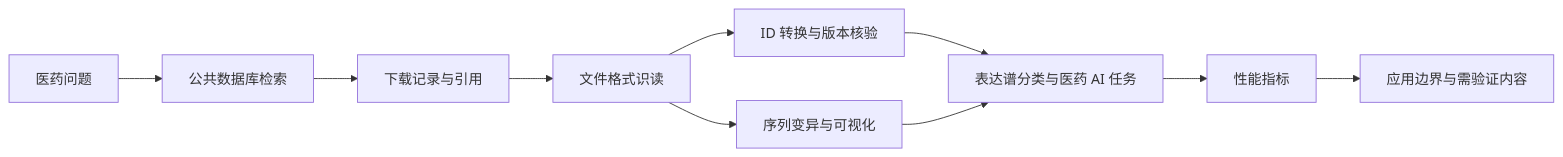
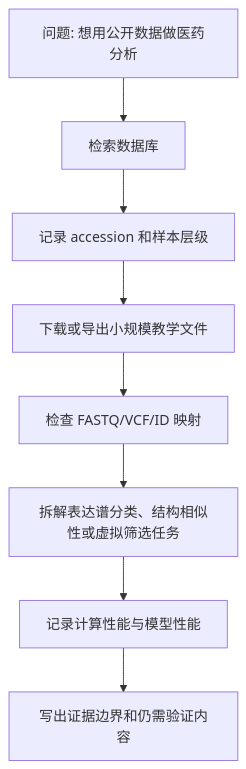
Before and after one commit to luvega/AI_MED_DataVis: the second of 5 diagrams in docs/chapters/chapter-13/index.md, drawn with Mermaid. The commit also changed other lines of this file and 84 other files, not shown here.

````diff
--- a/docs/chapters/chapter-13/index.md
+++ b/docs/chapters/chapter-13/index.md
@@ -55,12 +53,10 @@
 ```mermaid
-flowchart LR
-  Q["医药问题"] --> DB["公共数据库检索"]
-  DB --> REC["下载记录与引用"]
-  REC --> FMT["文件格式识读"]
-  FMT --> ID["ID 转换与版本核验"]
-  FMT --> VAR["序列变异与可视化"]
-  ID --> AI["表达谱分类与医药 AI 任务"]
-  VAR --> AI
-  AI --> MET["性能指标"]
-  MET --> BND["应用边界与需验证内容"]
+flowchart TB
+  P["问题: 想用公开数据做医药分析"] --> S1["检索数据库"]
+  S1 --> S2["记录 accession 和样本层级"]
+  S2 --> S3["下载或导出小规模教学文件"]
+  S3 --> S4["检查 FASTQ/VCF/ID 映射"]
+  S4 --> S5["拆解表达谱分类、结构相似性或虚拟筛选任务"]
+  S5 --> S6["记录计算性能与模型性能"]
+  S6 --> S7["写出证据边界和仍需验证内容"]
 ```
````
